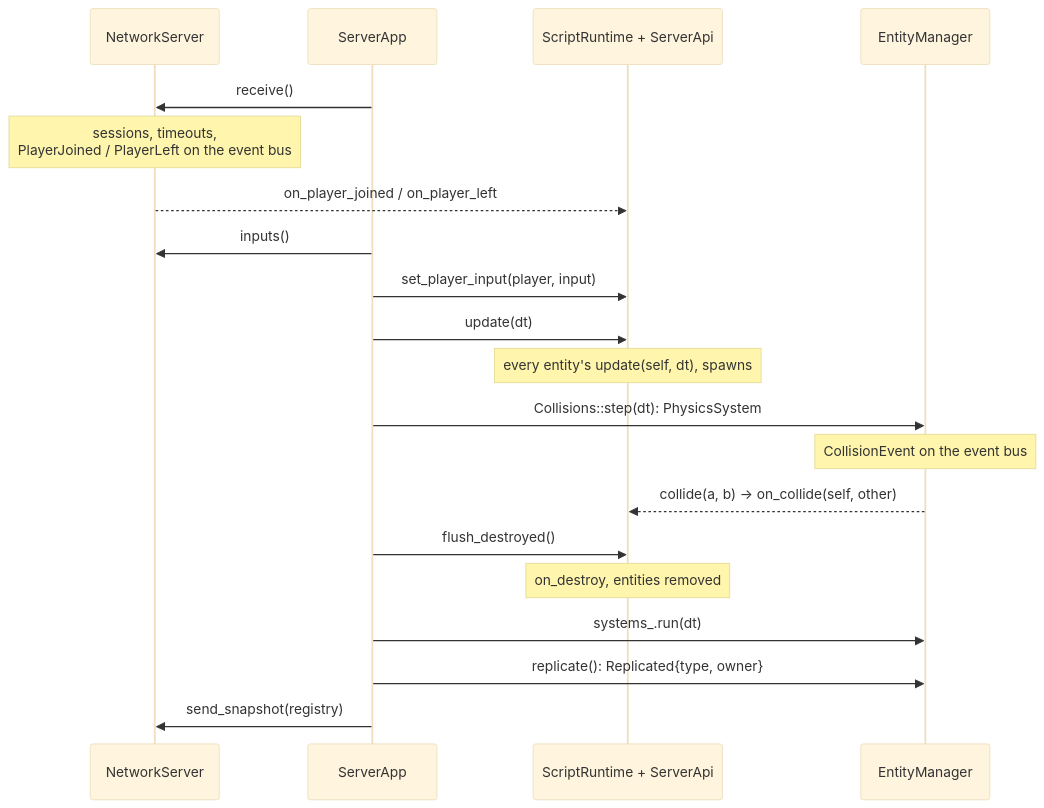
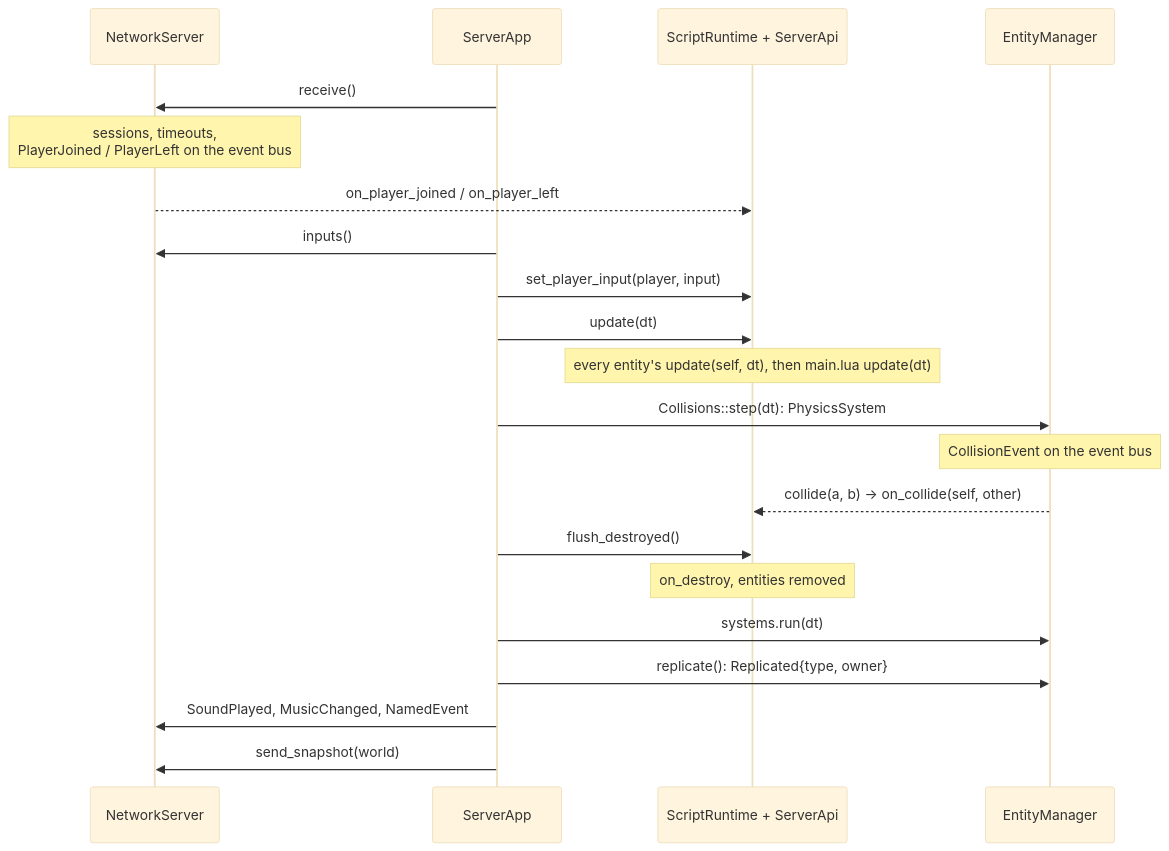
Before and after one commit to Saitamadupauvre/RType: the fourth of 4 diagrams in docs/architecture.md, drawn with Mermaid (base theme). The commit also changed other lines of this file and 11 other files, not shown here.

Commit message:
docs(app): describe engine-app, play modes and the client Lua input and audio API

````diff
--- a/docs/architecture.md
+++ b/docs/architecture.md
@@ -339,22 +341,23 @@
 ```mermaid
 sequenceDiagram
     participant Net as NetworkServer
     participant App as ServerApp
     participant Lua as ScriptRuntime + ServerApi
     participant ECS as EntityManager
     App->>Net: receive()
     Note over Net: sessions, timeouts,<br/>PlayerJoined / PlayerLeft on the event bus
     Net-->>Lua: on_player_joined / on_player_left
     App->>Net: inputs()
     App->>Lua: set_player_input(player, input)
     App->>Lua: update(dt)
-    Note over Lua: every entity's update(self, dt), spawns
+    Note over Lua: every entity's update(self, dt), then main.lua update(dt)
     App->>ECS: Collisions::step(dt): PhysicsSystem
     Note over ECS: CollisionEvent on the event bus
     ECS-->>Lua: collide(a, b) → on_collide(self, other)
     App->>Lua: flush_destroyed()
     Note over Lua: on_destroy, entities removed
-    App->>ECS: systems_.run(dt)
+    App->>ECS: systems.run(dt)
     App->>ECS: replicate(): Replicated{type, owner}
-    App->>Net: send_snapshot(registry)
+    App->>Net: SoundPlayed, MusicChanged, NamedEvent
+    App->>Net: send_snapshot(world)
 ```
````
